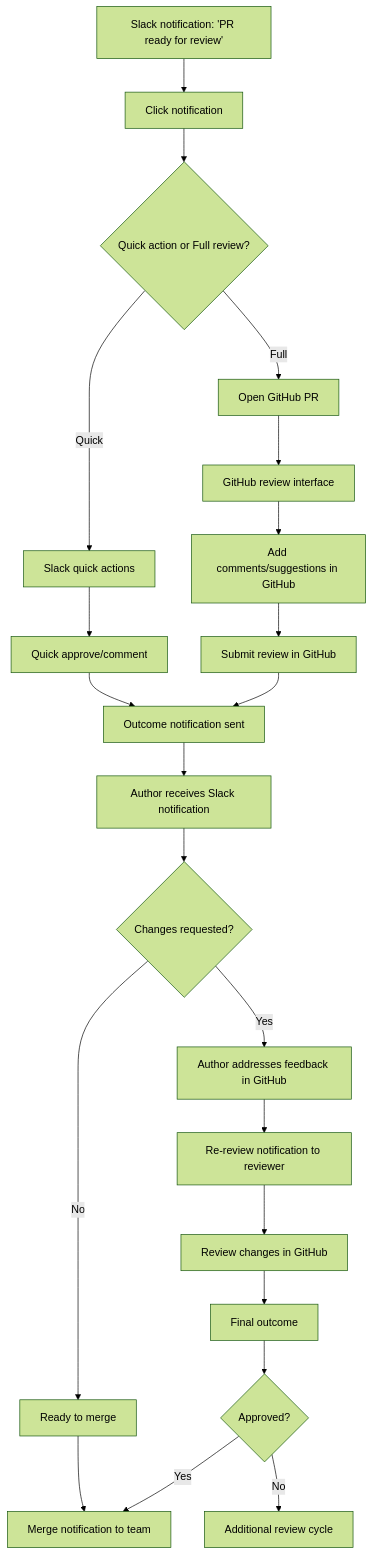
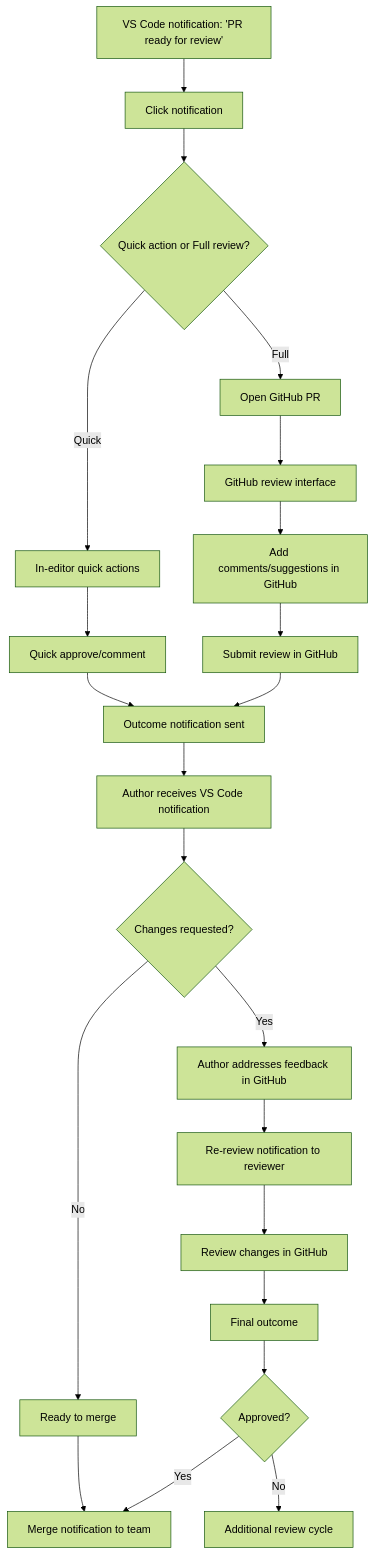
Before and after one commit to aviram-shubeili/code-flow: the third of 3 diagrams in docs/front-end-spec.md, drawn with Mermaid (forest theme). The commit also changed other lines of this file and 407 other files, not shown here.

````diff
--- a/docs/front-end-spec.md
+++ b/docs/front-end-spec.md
@@ -146,29 +146,29 @@
 ```mermaid
 graph TD
-    A[Slack notification: 'PR ready for review'] --> B[Click notification]
+    A[VS Code notification: 'PR ready for review'] --> B[Click notification]
     B --> C{Quick action or Full review?}
-    C -->|Quick| D[Slack quick actions]
+    C -->|Quick| D[In-editor quick actions]
     C -->|Full| E[Open GitHub PR]
 
     D --> F[Quick approve/comment]
     E --> G[GitHub review interface]
     G --> H[Add comments/suggestions in GitHub]
 
     F --> I[Outcome notification sent]
     H --> J[Submit review in GitHub]
     J --> I
 
-    I --> K[Author receives Slack notification]
+    I --> K[Author receives VS Code notification]
     K --> L{Changes requested?}
     L -->|Yes| M[Author addresses feedback in GitHub]
     L -->|No| N[Ready to merge]
 
     M --> O[Re-review notification to reviewer]
     O --> P[Review changes in GitHub]
     P --> Q[Final outcome]
 
     N --> R[Merge notification to team]
     Q --> S{Approved?}
     S -->|Yes| R
     S -->|No| T[Additional review cycle]
 ```
````
